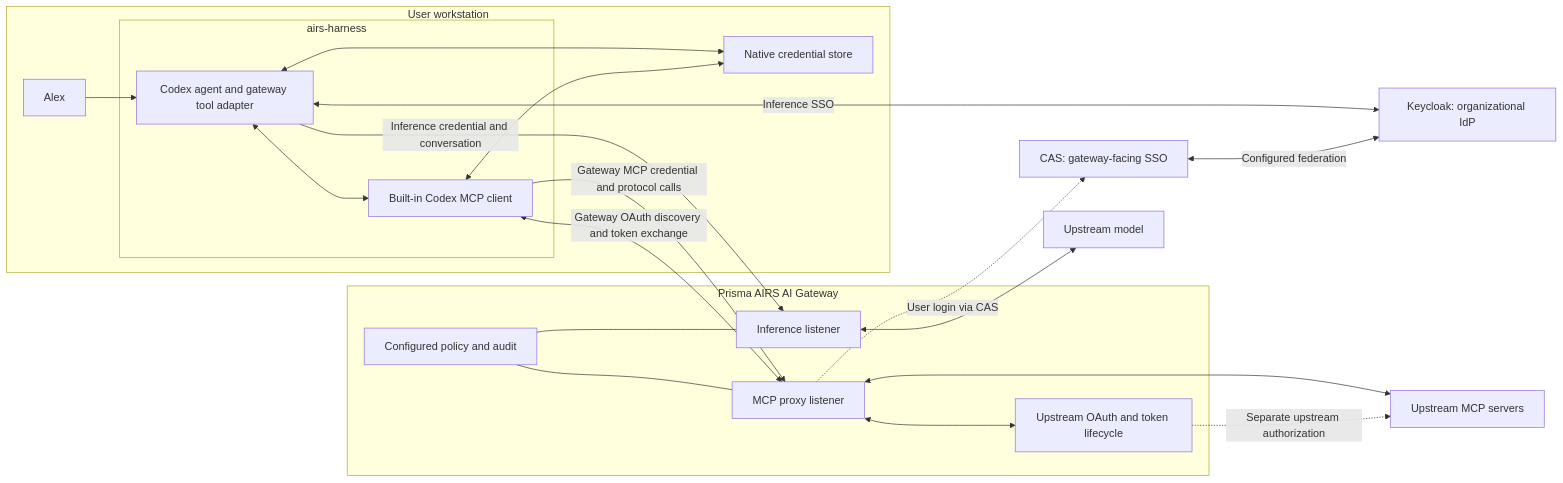
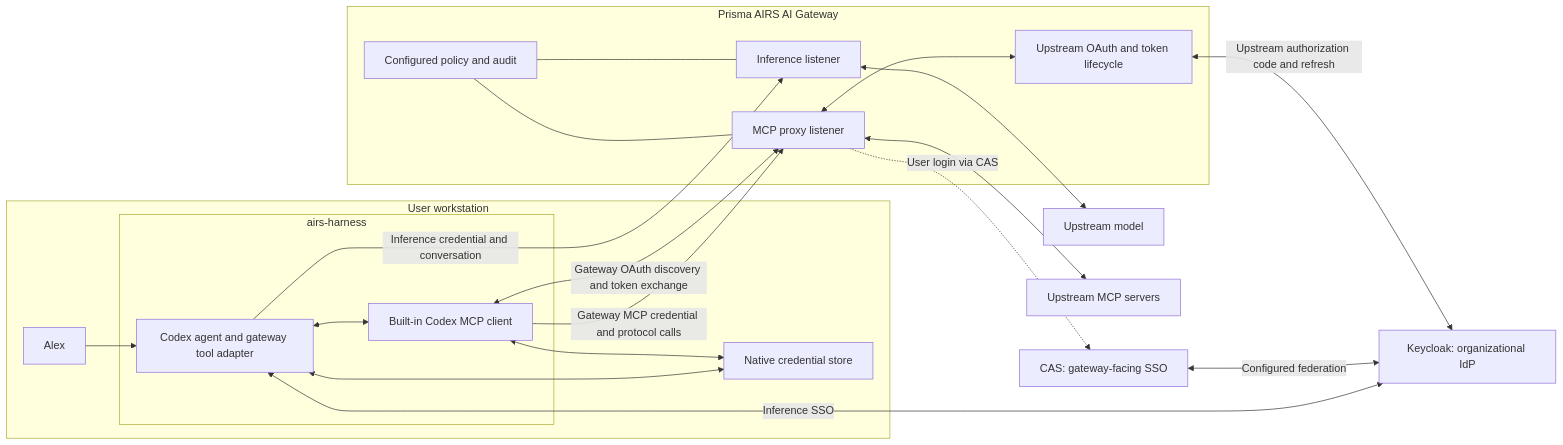
One commit to cdot65/prisma-airs-reference-architecture changed the first of 2 diagrams in docs/architecture.md. Above: the diagram before and after it, drawn with Mermaid. The commit also changed other lines of this file and 16 other files, not shown here.

Commit message:
Explain deployed gateway architecture, native onboarding and identity boundaries

````diff
--- a/docs/architecture.md
+++ b/docs/architecture.md
@@ -13,39 +13,39 @@
 ```mermaid
 flowchart LR
     accTitle: Required gateway-mediated inference and MCP architecture
     accDescr: The harness contains the agent and built-in MCP client. Both connect to AI Gateway. The gateway routes inference to models and MCP to upstream servers. CAS and Keycloak support gateway-facing login; upstream OAuth credentials remain with the gateway.
     subgraph local ["User workstation"]
         user["Alex"]
         subgraph executable ["airs-harness"]
             agent["Codex agent and gateway tool adapter"]
             client["Built-in Codex MCP client"]
         end
         store["Native credential store"]
     end
     subgraph gw ["Prisma AIRS AI Gateway"]
         inference["Inference listener"]
         mcp["MCP proxy listener"]
         upstreamAuth["Upstream OAuth and token lifecycle"]
         policy["Configured policy and audit"]
     end
     keycloak["Keycloak: organizational IdP"]
     cas["CAS: gateway-facing SSO"]
     model["Upstream model"]
     upstream["Upstream MCP servers"]
     user --> agent
     agent <--> client
     agent -->|"Inference credential and conversation"| inference
     client -->|"Gateway MCP credential and protocol calls"| mcp
     agent <-->|"Inference SSO"| keycloak
     client <-->|"Gateway OAuth discovery and token exchange"| mcp
     mcp -.->|"User login via CAS"| cas
     cas <-->|"Configured federation"| keycloak
     agent <--> store
     client <--> store
     inference <--> model
     mcp <--> upstream
     mcp <--> upstreamAuth
-    upstreamAuth -.->|"Separate upstream authorization"| upstream
+    upstreamAuth <-->|"Upstream authorization code and refresh"| keycloak
     policy --- inference
     policy --- mcp
 ```
````
